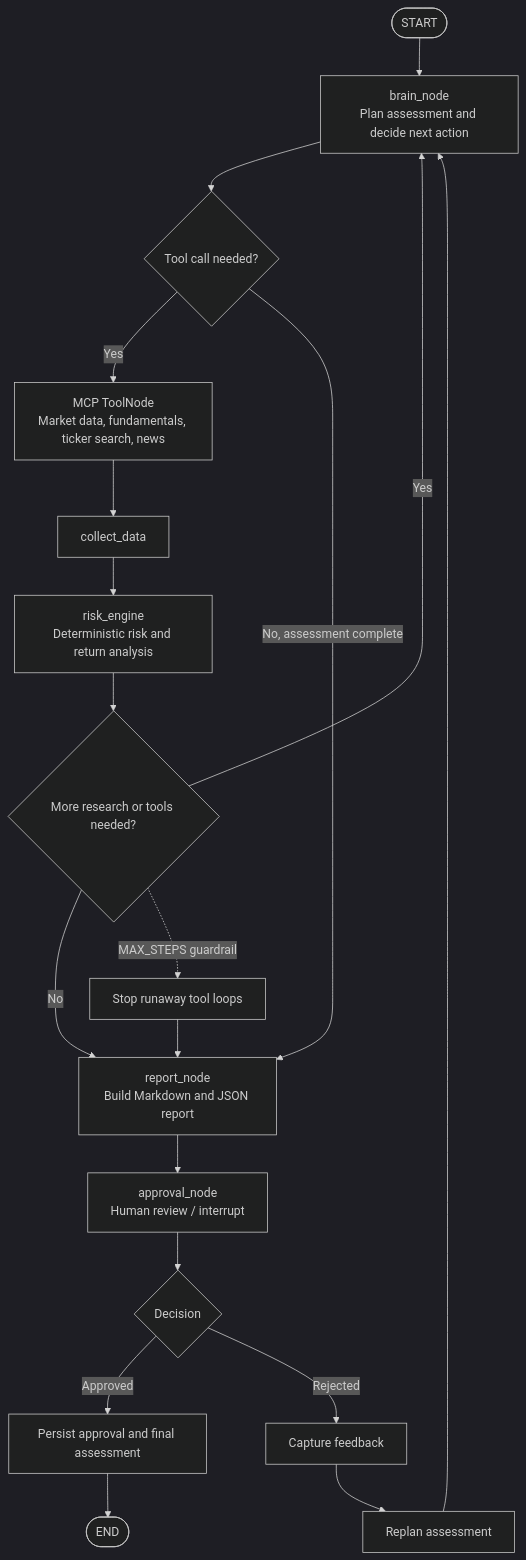
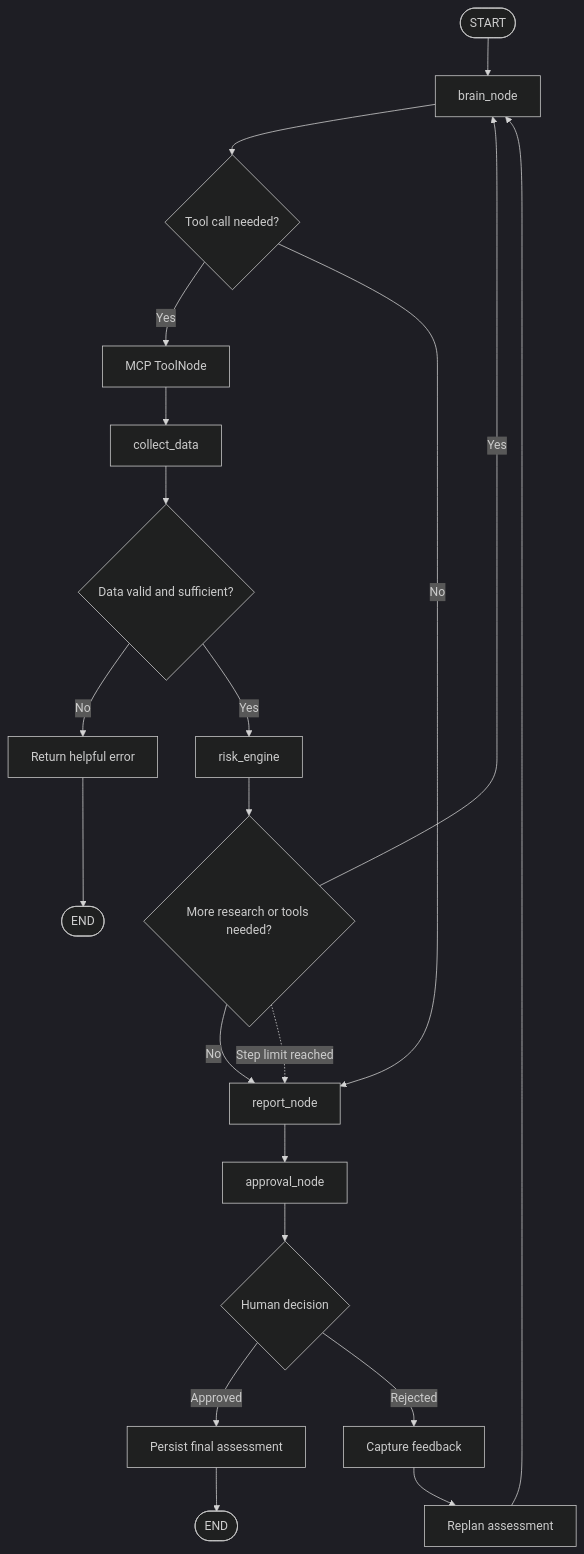
The diagram in README.md (prashantoptimus0588/StockMarket), drawn with Mermaid (dark theme) before and after one commit. The commit also changed other lines of this file, not shown here.

````diff
--- a/README.md
+++ b/README.md
@@ -46,22 +83,33 @@
-``` mermaid
+```mermaid
 flowchart TD
-    A([START]) --> B[brain_node<br/>Plan assessment and decide next action]
+    START([START]) --> B[brain_node]
+
     B --> C{Tool call needed?}
-    C -- Yes --> D[MCP ToolNode<br/>Market data, fundamentals, ticker search, news]
-    D --> E[collect_data]
-    E --> F[risk_engine<br/>Deterministic risk and return analysis]
-    F --> G{More research or tools needed?}
-    G -- Yes --> B
-    G -- No --> H[report_node<br/>Build Markdown and JSON report]
-    C -- No, assessment complete --> H
-    H --> I[approval_node<br/>Human review / interrupt]
-    I --> J{Decision}
-    J -- Approved --> K[Persist approval and final assessment]
-    K --> L([END])
-    J -- Rejected --> M[Capture feedback]
-    M --> N[Replan assessment]
-    N --> B
 
-    G -. MAX_STEPS guardrail .-> O[Stop runaway tool loops]
-    O --> H
+    C -- Yes --> T[MCP ToolNode]
+    T --> D[collect_data]
+    D --> V{Data valid and sufficient?}
+
+    V -- No --> E[Return helpful error]
+    E --> END1([END])
+
+    V -- Yes --> R[risk_engine]
+    R --> Q{More research or tools needed?}
+
+    Q -- Yes --> B
+    Q -- No --> P[report_node]
+
+    C -- No --> P
+
+    Q -. Step limit reached .-> P
+
+    P --> A[approval_node]
+    A --> H{Human decision}
+
+    H -- Approved --> S[Persist final assessment]
+    S --> END2([END])
+
+    H -- Rejected --> F[Capture feedback]
+    F --> RP[Replan assessment]
+    RP --> B
 ```
````
